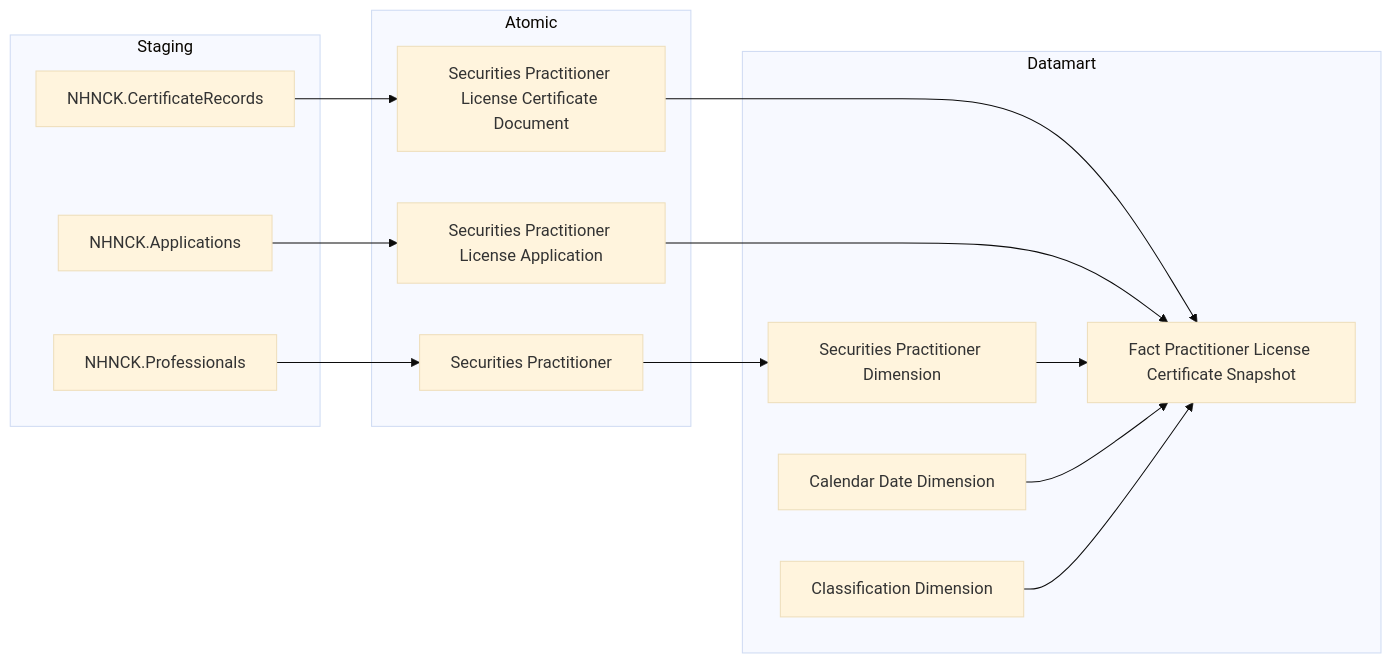
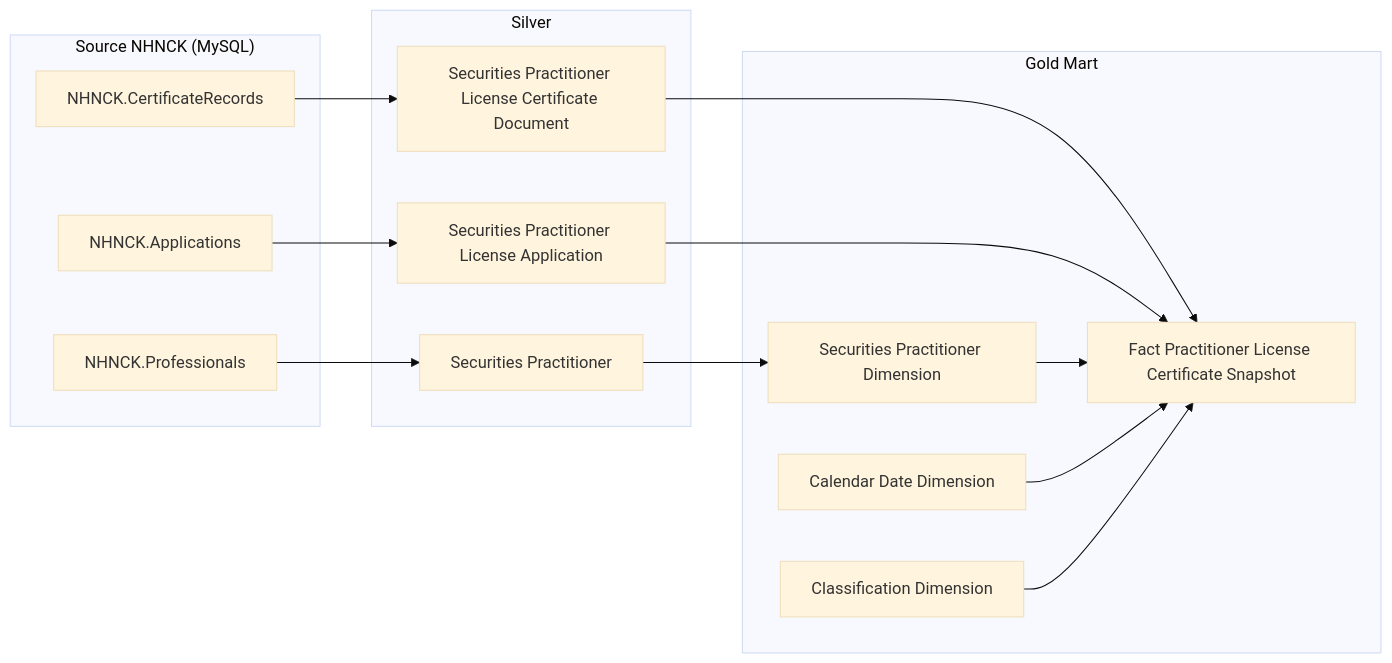
Before and after one commit to linhlvit/ubck_atomic_design: the first of 31 diagrams in Gold/hld/GOLD_NHNCK_HLD.md, drawn with Mermaid (base theme). The commit also changed other lines of this file and 2 other files, not shown here.

Commit message:
update NHNCK design

````diff
--- a/Gold/hld/GOLD_NHNCK_HLD.md
+++ b/Gold/hld/GOLD_NHNCK_HLD.md
@@ -15,33 +15,33 @@
 ```mermaid
 flowchart LR
-    subgraph SRC["Staging"]
+    subgraph SRC["Source NHNCK (MySQL)"]
         S1["NHNCK.CertificateRecords"]
         S2["NHNCK.Professionals"]
         S3["NHNCK.Applications"]
     end
 
-    subgraph SIL["Atomic"]
+    subgraph SIL["Silver"]
         SV1["Securities Practitioner License Certificate Document"]
         SV2["Securities Practitioner"]
         SV3["Securities Practitioner License Application"]
     end
 
-    subgraph GOLD["Datamart"]
+    subgraph GOLD["Gold Mart"]
         G1["Fact Practitioner License Certificate Snapshot"]
         G2["Securities Practitioner Dimension"]
         G3["Calendar Date Dimension"]
         G4["Classification Dimension"]
     end
 
     S1 --> SV1
     S2 --> SV2
     S3 --> SV3
 
     SV1 --> G1
     SV3 --> G1
     SV2 --> G2
 
     G2 --> G1
     G3 --> G1
     G4 --> G1
 ```
````
